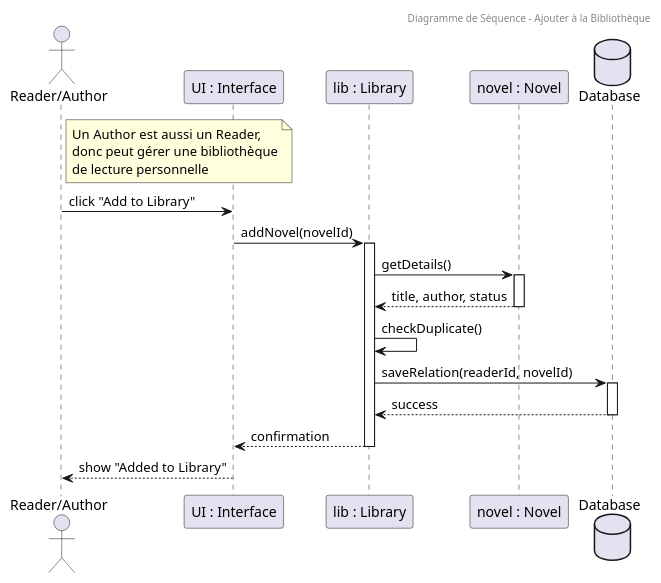
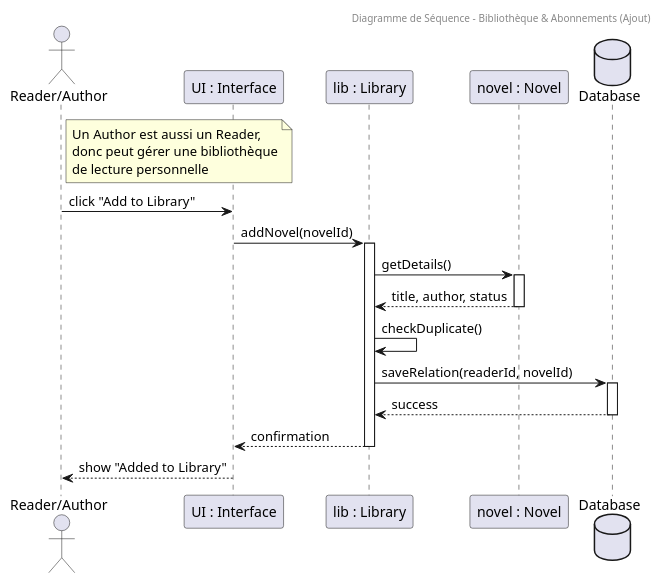
One commit to matthieuzajac/UML_project changed the diagram in src/Sequence/library.wsd. Above: the diagram before and after it, drawn with PlantUML. The commit also changed 11 other files, not shown here.

Commit message:
Simplify use case diagram and align diagram titles

```diff
--- a/src/Sequence/library.wsd
+++ b/src/Sequence/library.wsd
@@ -1,30 +1,30 @@
 @startuml adding novel to library
-header Diagramme de Séquence - Ajouter à la Bibliothèque
+header Diagramme de Séquence - Bibliothèque & Abonnements (Ajout)
 actor "Reader/Author" as R
 participant "UI : Interface" as UI
 participant "lib : Library" as L
 participant "novel : Novel" as N
 database "Database" as DB
 
 note right of R
   Un Author est aussi un Reader,
   donc peut gérer une bibliothèque
   de lecture personnelle
 end note
 
 R -> UI : click "Add to Library"
 UI -> L : addNovel(novelId)
 activate L
 L -> N : getDetails()
 activate N
 N --> L : title, author, status
 deactivate N
 L -> L : checkDuplicate()
 L -> DB : saveRelation(readerId, novelId)
 activate DB
 DB --> L : success
 deactivate DB
 L --> UI : confirmation
 deactivate L
 UI --> R : show "Added to Library"
 @enduml
```
